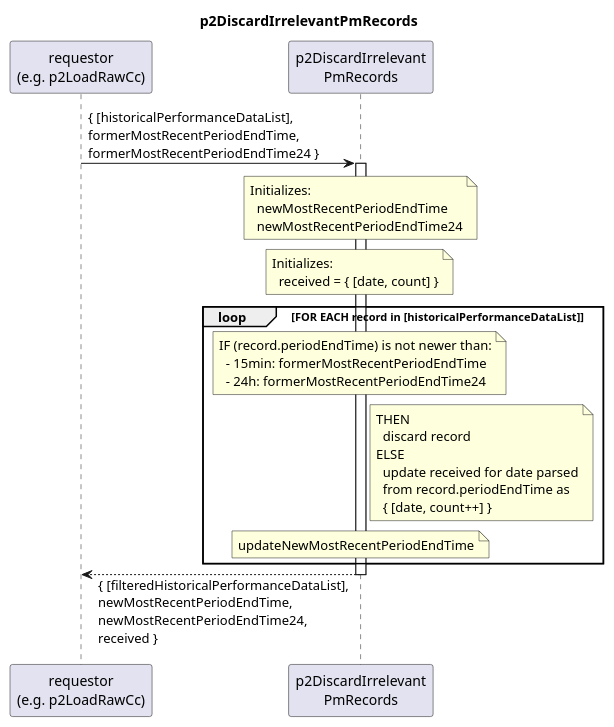
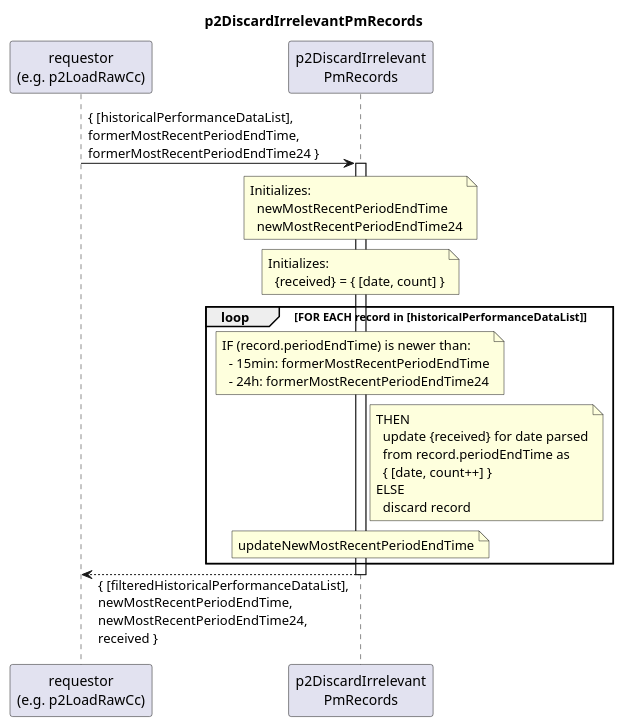
The diagram in spec/Functions/p1StreamPmData/p2ProcessDevice/p2LoadRawCc/p2DiscardIrrelevantPmRecords/1.0.0/p2DiscardIrrelevantPmRecords.plantuml (openBackhaul/DevicePerformanceManagementDataProcessor), drawn with PlantUML before and after one commit. The commit also changed 7 other files, not shown here.

```diff
--- a/spec/Functions/p1StreamPmData/p2ProcessDevice/p2LoadRawCc/p2DiscardIrrelevantPmRecords/1.0.0/p2DiscardIrrelevantPmRecords.plantuml
+++ b/spec/Functions/p1StreamPmData/p2ProcessDevice/p2LoadRawCc/p2DiscardIrrelevantPmRecords/1.0.0/p2DiscardIrrelevantPmRecords.plantuml
@@ -1,52 +1,52 @@
 @startuml p2DiscardIrrelevantPmRecords
 skinparam responseMessageBelowArrow true
 
 title
   p2DiscardIrrelevantPmRecords
 end title
 
 participant "requestor\n(e.g. p2LoadRawCc)" as requestor
 participant "p2DiscardIrrelevant\nPmRecords" as cur
 
 
 requestor -> cur: { [historicalPerformanceDataList],\nformerMostRecentPeriodEndTime,\nformerMostRecentPeriodEndTime24 }
 
 activate cur
 
   note over cur
     Initializes:
       newMostRecentPeriodEndTime
       newMostRecentPeriodEndTime24
   end note
   note over cur
     Initializes:
-      received = { [date, count] }
+      {received} = { [date, count] }
   end note
 
   loop FOR EACH record in [historicalPerformanceDataList]
 
     note over cur
-      IF (record.periodEndTime) is not newer than:
+      IF (record.periodEndTime) is newer than:
         - 15min: formerMostRecentPeriodEndTime
         - 24h: formerMostRecentPeriodEndTime24
     end note
     note right cur
       THEN
-        discard record
-      ELSE
-        update received for date parsed
+        update {received} for date parsed
         from record.periodEndTime as
         { [date, count++] }
+      ELSE
+        discard record
     end note
 
     note over cur
       updateNewMostRecentPeriodEndTime
     end note
 
   end loop
 
 requestor <-- cur: { [filteredHistoricalPerformanceDataList],\nnewMostRecentPeriodEndTime,\nnewMostRecentPeriodEndTime24,\nreceived }
 
 deactivate cur
 
 @enduml
```
